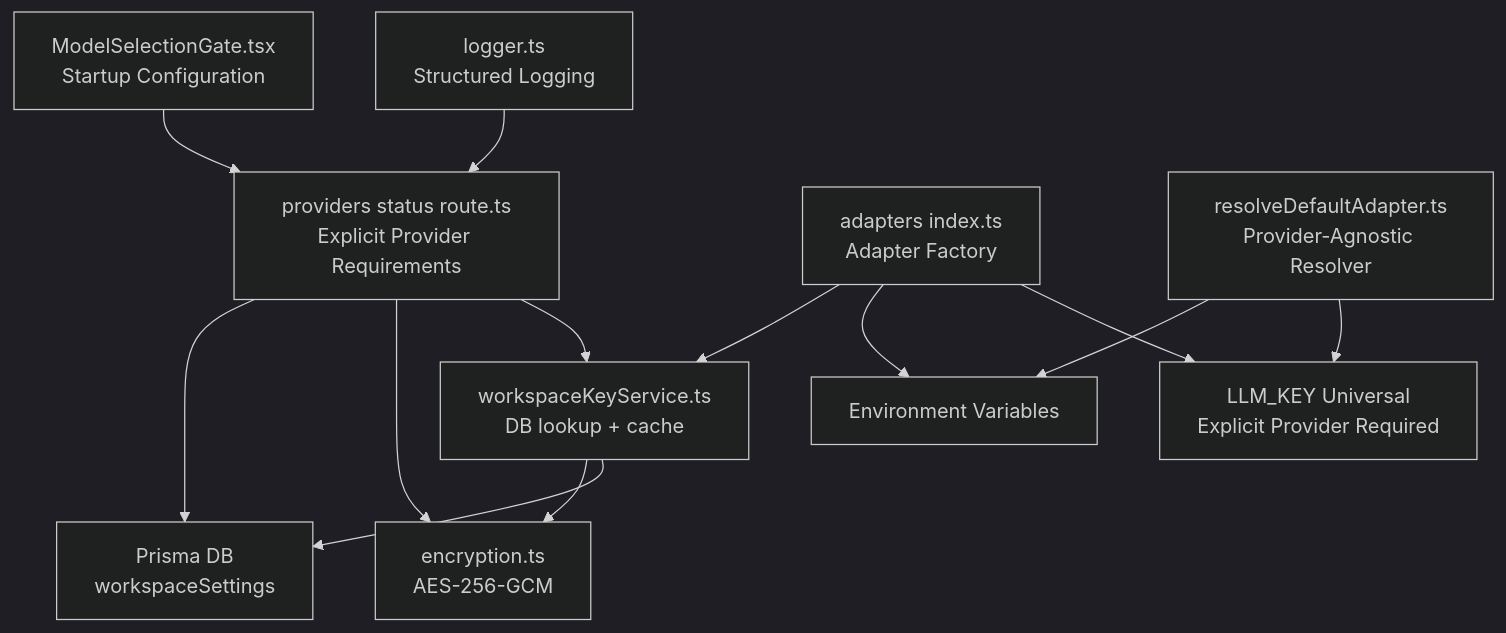
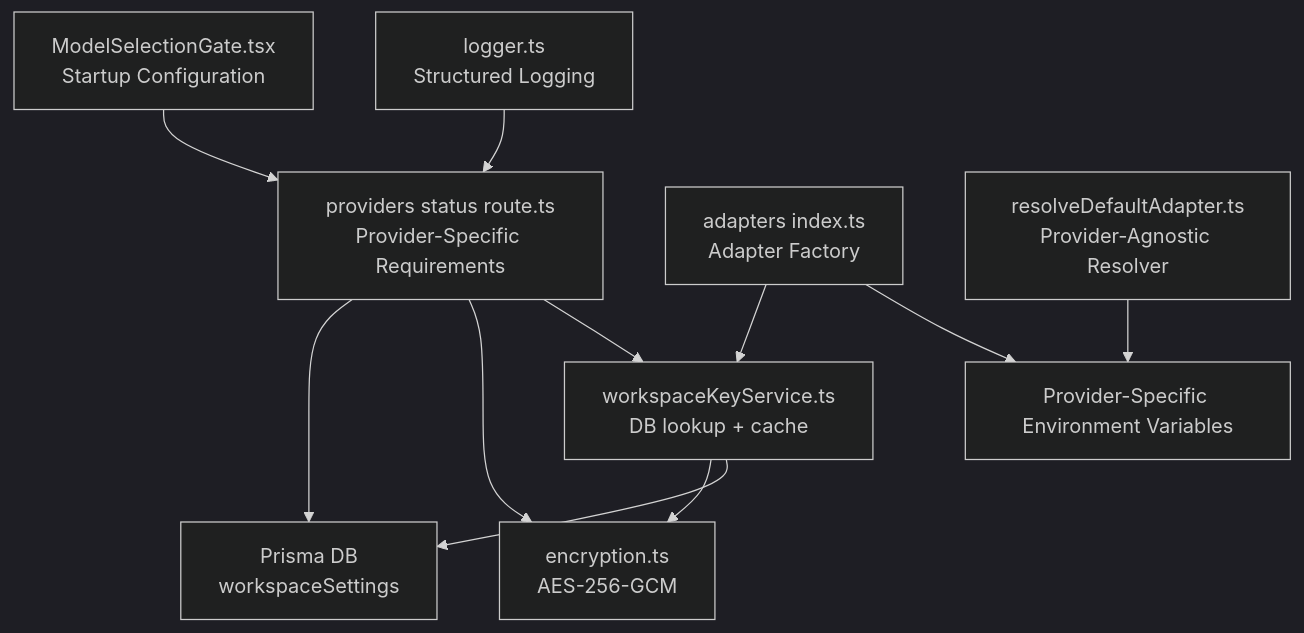
The first of 11 diagrams in .qoder/repowiki/en/content/AI Generation Engine/AI Provider Adapters/Configuration & Authentication Management.md (shekhargiri005-dotcom/AI-powered-accessibility-first-UI-engine), drawn with Mermaid (dark theme) before and after one commit. The commit also changed other lines of this file and 71 other files, not shown here.

````diff
--- a/.qoder/repowiki/en/content/AI Generation Engine/AI Provider Adapters/Configuration & Authentication Management.md
+++ b/.qoder/repowiki/en/content/AI Generation Engine/AI Provider Adapters/Configuration & Authentication Management.md
@@ -49,15 +53,13 @@
 ```mermaid
 graph TB
-UI["ModelSelectionGate.tsx<br/>Startup Configuration"] --> API["providers status route.ts<br/>Explicit Provider Requirements"]
+UI["ModelSelectionGate.tsx<br/>Startup Configuration"] --> API["providers status route.ts<br/>Provider-Specific Requirements"]
 API --> DB["Prisma DB<br/>workspaceSettings"]
 API --> ENC["encryption.ts<br/>AES-256-GCM"]
 API --> WKS["workspaceKeyService.ts<br/>DB lookup + cache"]
 WKS --> ENC
 WKS --> DB
 ADP["adapters index.ts<br/>Adapter Factory"] --> WKS
-ADP --> ENV["Environment Variables"]
-ADP --> LLM["LLM_KEY Universal<br/>Explicit Provider Required"]
+ADP --> ENV["Provider-Specific Environment Variables"]
 RDA["resolveDefaultAdapter.ts<br/>Provider-Agnostic Resolver"] --> ENV
-RDA --> LLM
 LOG["logger.ts<br/>Structured Logging"] --> API
 ```
````
